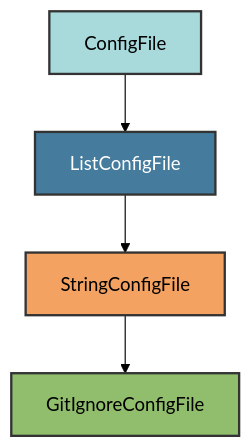
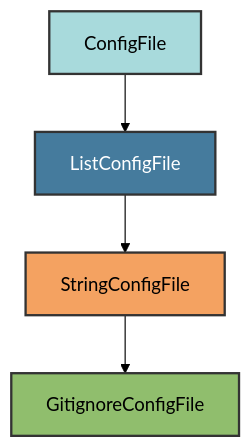
Before and after one commit to Winipedia/pyrig: the diagram in docs/configs/gitignore.md, drawn with Mermaid (forest theme). The commit also changed other lines of this file and 13 other files, not shown here.

````diff
--- a/docs/configs/gitignore.md
+++ b/docs/configs/gitignore.md
@@ -17,11 +17,11 @@
 ```mermaid
 graph TD
     A[ConfigFile] --> B[ListConfigFile]
     B --> C[StringConfigFile]
-    C --> D[GitIgnoreConfigFile]
+    C --> D[GitignoreConfigFile]
 
     style A fill:#a8dadc,stroke:#333,stroke-width:2px,color:#000
     style B fill:#457b9d,stroke:#333,stroke-width:2px,color:#fff
     style C fill:#f4a261,stroke:#333,stroke-width:2px,color:#000
     style D fill:#90be6d,stroke:#333,stroke-width:2px,color:#000
 ```
````
